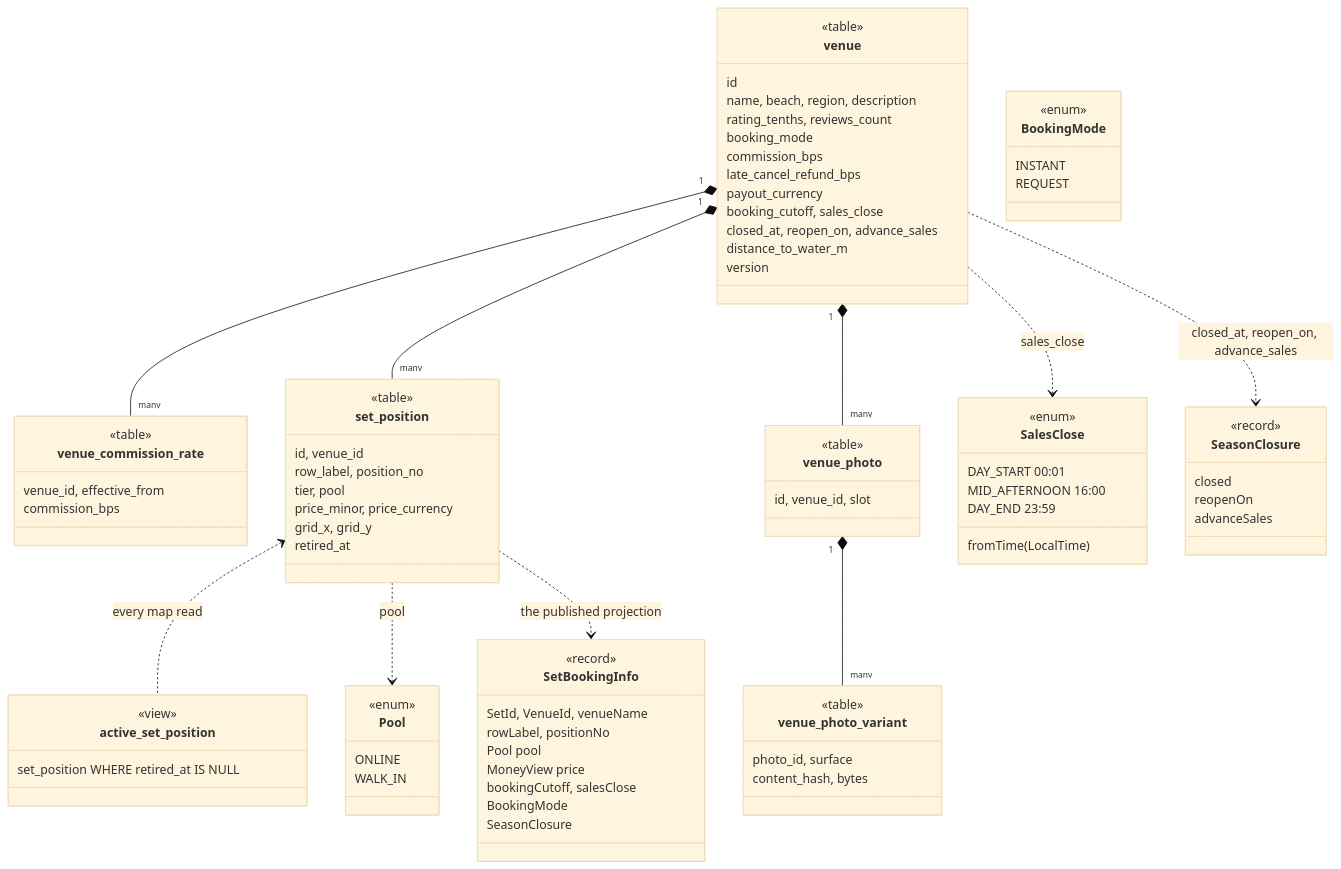
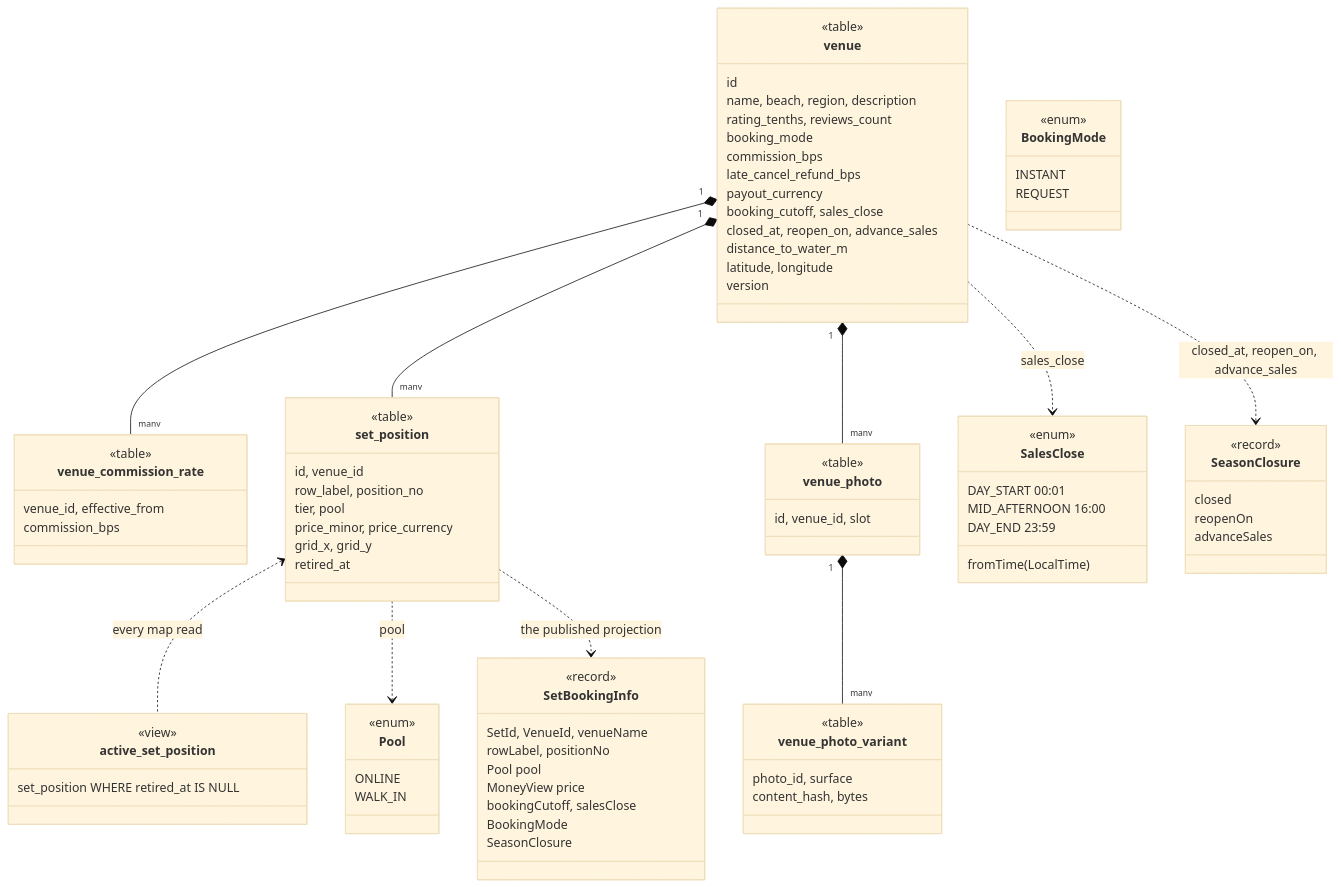
One commit to ivopogace/riviera-sunbed-booking changed the third of 15 diagrams in docs/architecture/domain-model.md. Above: the diagram before and after it, drawn with Mermaid (base theme). The commit also changed 9 other files, not shown here.

```diff
--- a/docs/architecture/domain-model.md
+++ b/docs/architecture/domain-model.md
@@ -191,6 +191,7 @@
         booking_cutoff, sales_close
         closed_at, reopen_on, advance_sales
         distance_to_water_m
+        latitude, longitude
         version
     }
     class venue_commission_rate {
```
